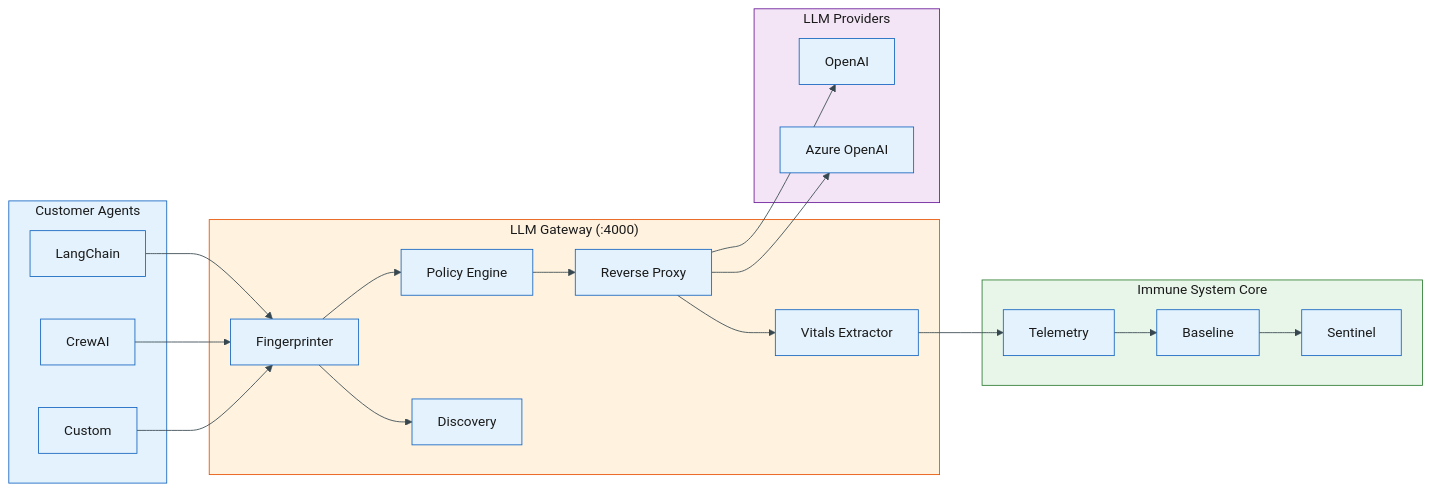
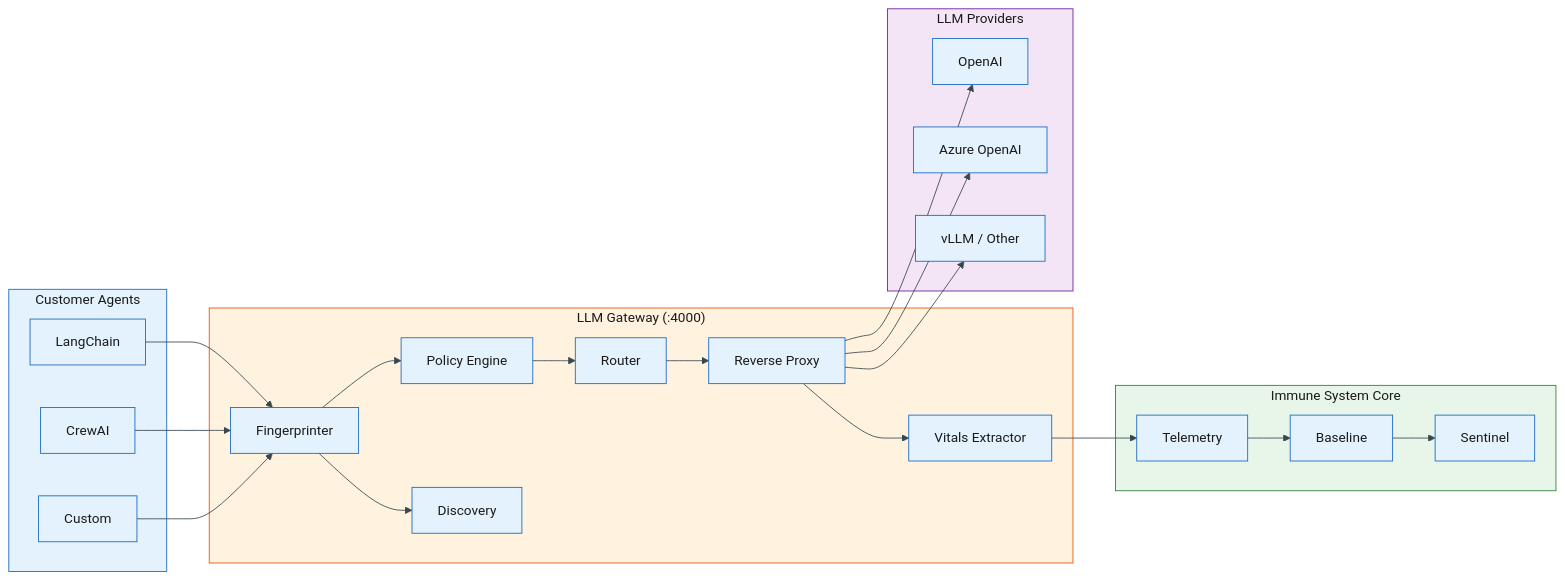
Before and after one commit to sanjaybommalene/ai-agent-immune-system: the second of 4 diagrams in README.md, drawn with Mermaid. The commit also changed other lines of this file and 32 other files, not shown here.

````diff
--- a/README.md
+++ b/README.md
@@ -105,46 +110,50 @@
 ```mermaid
 %%{init: {'theme': 'base', 'themeVariables': {'primaryColor': '#e3f2fd', 'primaryTextColor': '#1a1a1a', 'primaryBorderColor': '#1565c0', 'lineColor': '#37474f', 'secondaryColor': '#fce4ec', 'tertiaryColor': '#e8f5e9', 'edgeLabelBackground': '#ffffff', 'clusterBkg': '#f5f5f5', 'clusterBorder': '#90a4ae'}}}%%
 flowchart LR
     subgraph agents ["Customer Agents"]
         A1["LangChain"]
         A2["CrewAI"]
         A3["Custom"]
     end
 
     subgraph gw ["LLM Gateway (:4000)"]
         FP["Fingerprinter"]
         POL["Policy Engine"]
+        RT["Router"]
         PROXY["Reverse Proxy"]
         EXT["Vitals Extractor"]
         DISC["Discovery"]
     end
 
     subgraph upstream ["LLM Providers"]
         OAI["OpenAI"]
         AZ["Azure OpenAI"]
+        VLLM["vLLM / Other"]
     end
 
     subgraph core ["Immune System Core"]
         TEL["Telemetry"]
         BL["Baseline"]
         DET["Sentinel"]
     end
 
     A1 --> FP
     A2 --> FP
     A3 --> FP
     FP --> POL
-    POL --> PROXY
+    POL --> RT
+    RT --> PROXY
     PROXY --> OAI
     PROXY --> AZ
+    PROXY --> VLLM
     PROXY --> EXT
     FP --> DISC
     EXT --> TEL
     TEL --> BL
     BL --> DET
 
     style agents fill:#e3f2fd,stroke:#1565c0,color:#1a1a1a
     style gw fill:#fff3e0,stroke:#e65100,color:#1a1a1a
     style upstream fill:#f3e5f5,stroke:#6a1b9a,color:#1a1a1a
     style core fill:#e8f5e9,stroke:#2e7d32,color:#1a1a1a
 ```
````
